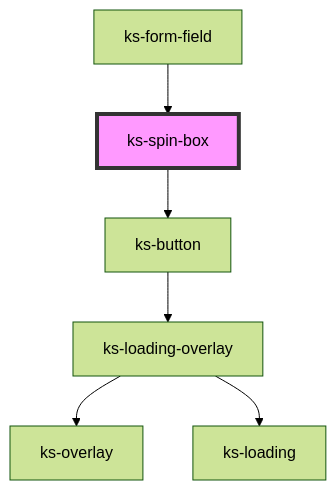
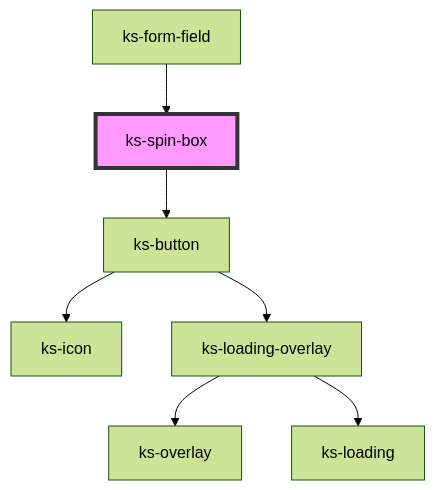
The diagram in src/scripts/components/spin-box/readme.md (kickstand-ui/kickstand-ui), drawn with Mermaid (forest theme) before and after one commit. The commit also changed 19 other files, not shown here.

````diff
--- a/src/scripts/components/spin-box/readme.md
+++ b/src/scripts/components/spin-box/readme.md
@@ -38,9 +38,10 @@
 ```mermaid
 graph TD;
   ks-spin-box --> ks-button
+  ks-button --> ks-icon
   ks-button --> ks-loading-overlay
   ks-loading-overlay --> ks-overlay
   ks-loading-overlay --> ks-loading
   ks-form-field --> ks-spin-box
   style ks-spin-box fill:#f9f,stroke:#333,stroke-width:4px
 ```
````
